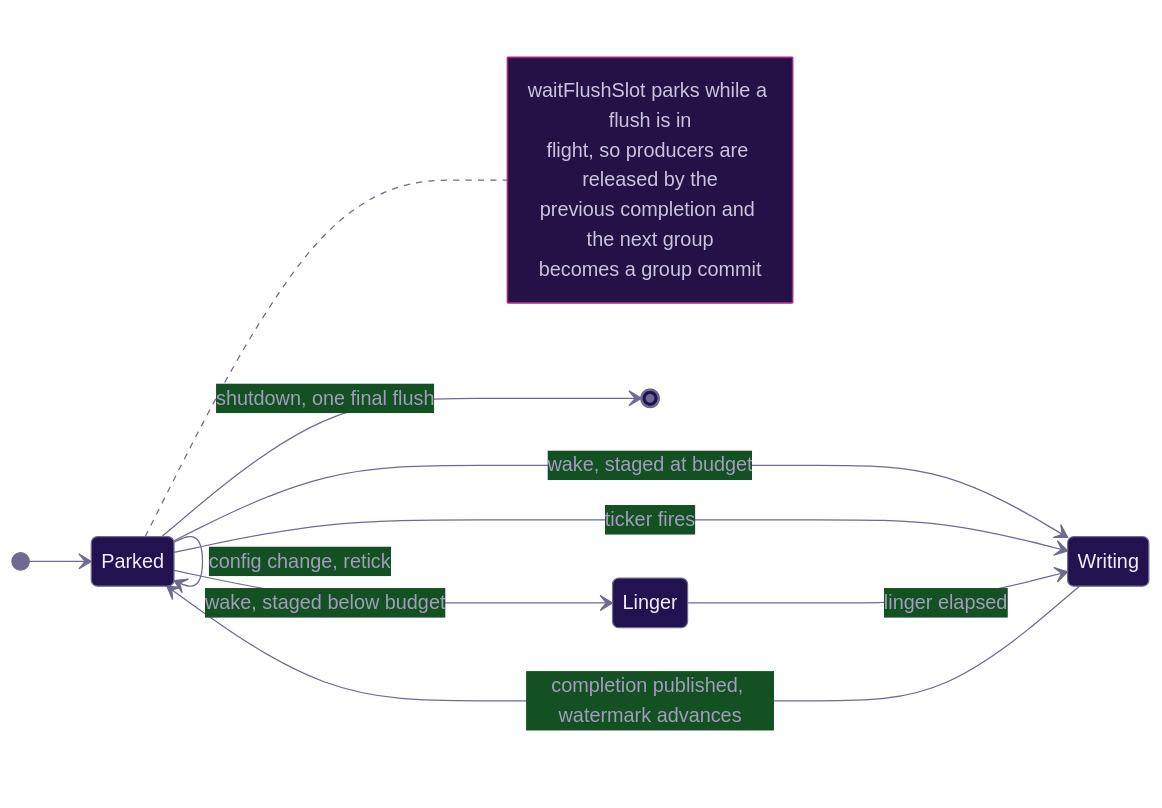
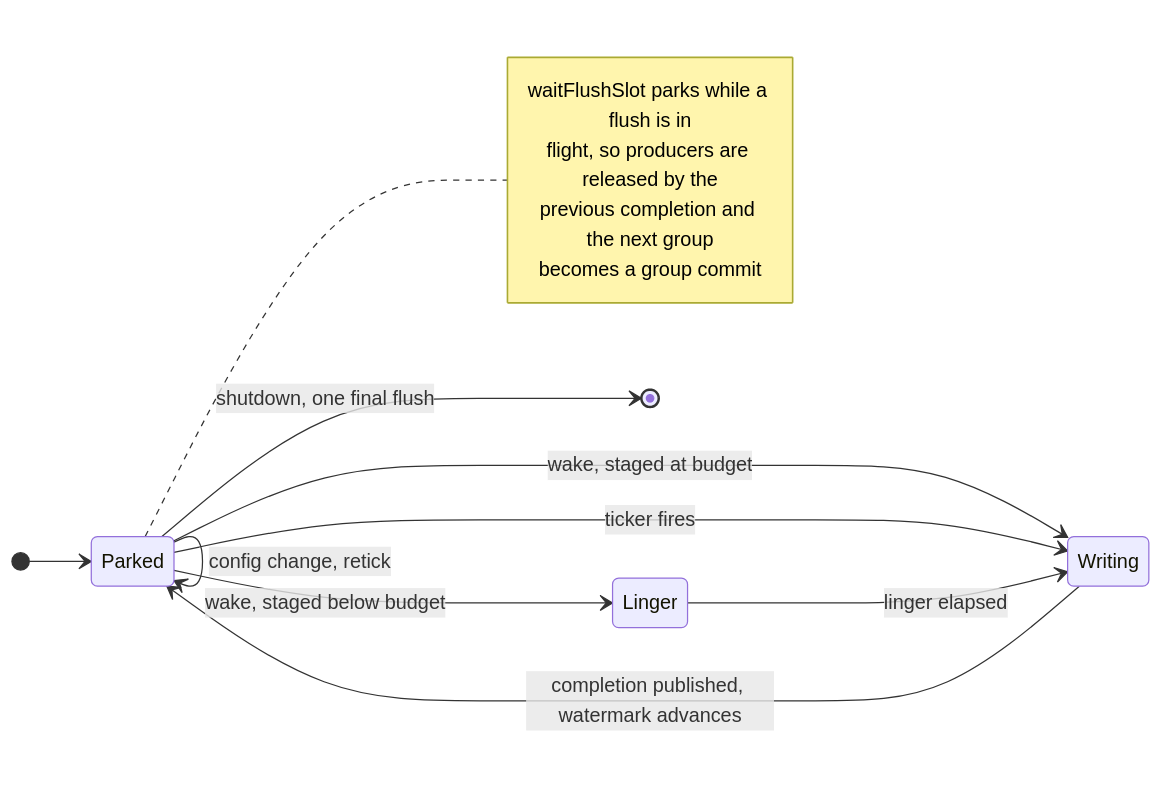
One commit to dmunish/mikyu changed the eighth of 15 diagrams in ARCHITECTURE.md. Above: the diagram before and after it, drawn with Mermaid. The commit also changed other lines of this file, not shown here.

Commit message:
[docs] ARCHITECTURE: remove theming

````diff
--- a/ARCHITECTURE.md
+++ b/ARCHITECTURE.md
@@ -494,35 +387,25 @@
 ```mermaid
 ---
 config:
-  theme: base
   themeVariables:
-    background: "#170d44"
     fontFamily: "IBM Plex Mono, monospace"
-    primaryColor: "#221350"
-    primaryBorderColor: "#6f6a8f"
-    primaryTextColor: "#f2eefb"
-    lineColor: "#6f6a8f"
-    textColor: "#a29dbd"
-    noteBkgColor: "#241145"
-    noteBorderColor: "#a12789"
-    noteTextColor: "#c9c4dd"
 ---
 stateDiagram-v2
     direction LR
     [*] --> Parked
     Parked --> Linger: wake, staged below budget
     Parked --> Writing: wake, staged at budget
     Parked --> Writing: ticker fires
     Parked --> Parked: wake, nothing staged
     Parked --> Parked: config change, retick
     Linger --> Writing: linger elapsed
     Writing --> Parked: completion published, watermark advances
     Parked --> [*]: shutdown, one final flush
 
     note right of Parked
         waitFlushSlot parks while a flush is in
         flight, so producers are released by the
         previous completion and the next group
         becomes a group commit
     end note
 ```
````
